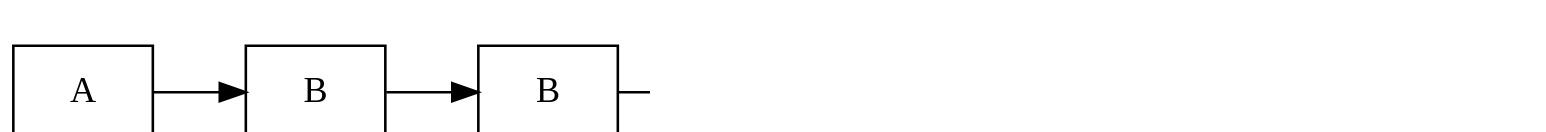
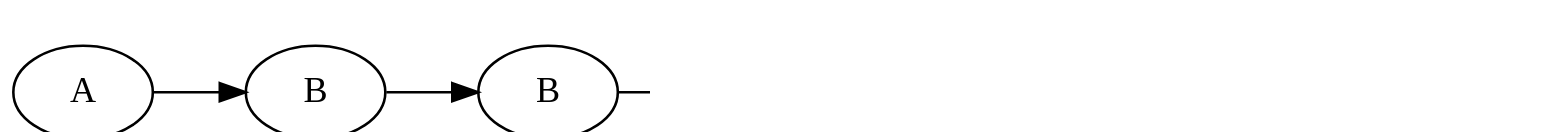
The eighth of 10 diagrams in slides/src/main/asciidoc/lecture.adoc (inponomarev/kstreams-testing-pitfalls), drawn with Graphviz before and after one commit. The commit also changed other lines of this file and 2 other files, not shown here.

Commit message:
better diagrams

```diff
--- a/slides/src/main/asciidoc/lecture.adoc
+++ b/slides/src/main/asciidoc/lecture.adoc
@@ -311,25 +321,24 @@
-[graphviz,"wrong-topology1.png"]
+[graphviz,"cache1.png"]
 ----
 digraph G {
 graph [ dpi = 180 ];
 rankdir="LR";
-node[shape=box];
 A1[label="A"];
 B1[label="B"];
 A2[label="A"];
 B2[label="B"];
 
 A1 -> B1 -> B2 ->A2 ;
 
 A2->Kafka;
 
-Kafka[label="reduce \n (a, b) → <STOP>"]
+Kafka[shape=box,label="reduce \n (a, b) → <STOP>"]
 
 Kafka -> Cache
 
-Cache[label=<<table cellspacing="5" cellborder="0"  border="0">
+Cache[shape=box,label=<<table cellspacing="5" cellborder="0"  border="0">
         <tr><td colspan="2">Cache</td></tr>
         <tr><td> </td>
         <td> </td></tr></table>>]
 }
 ----
```
